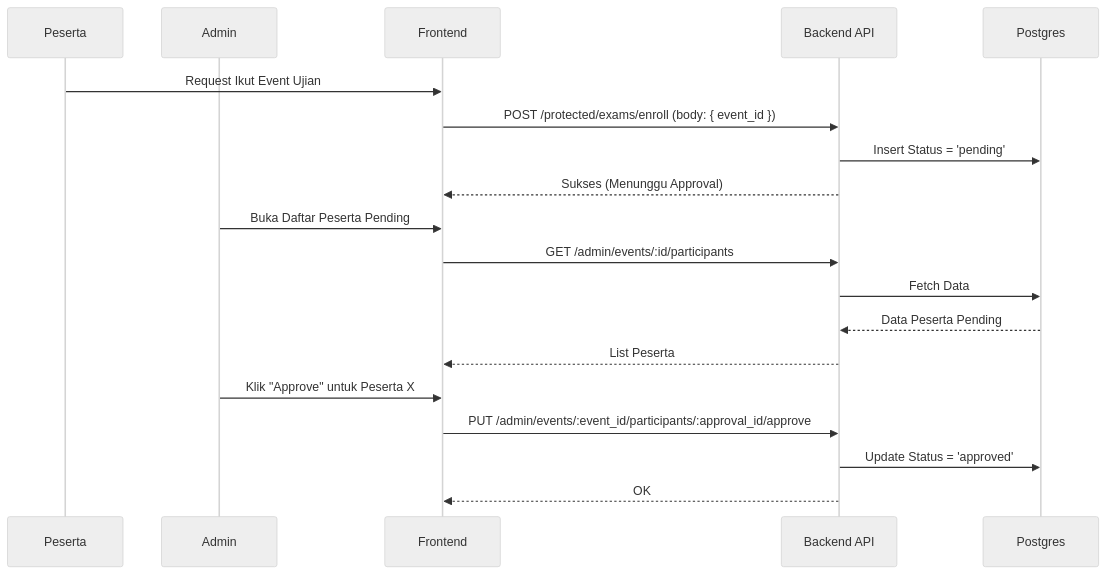
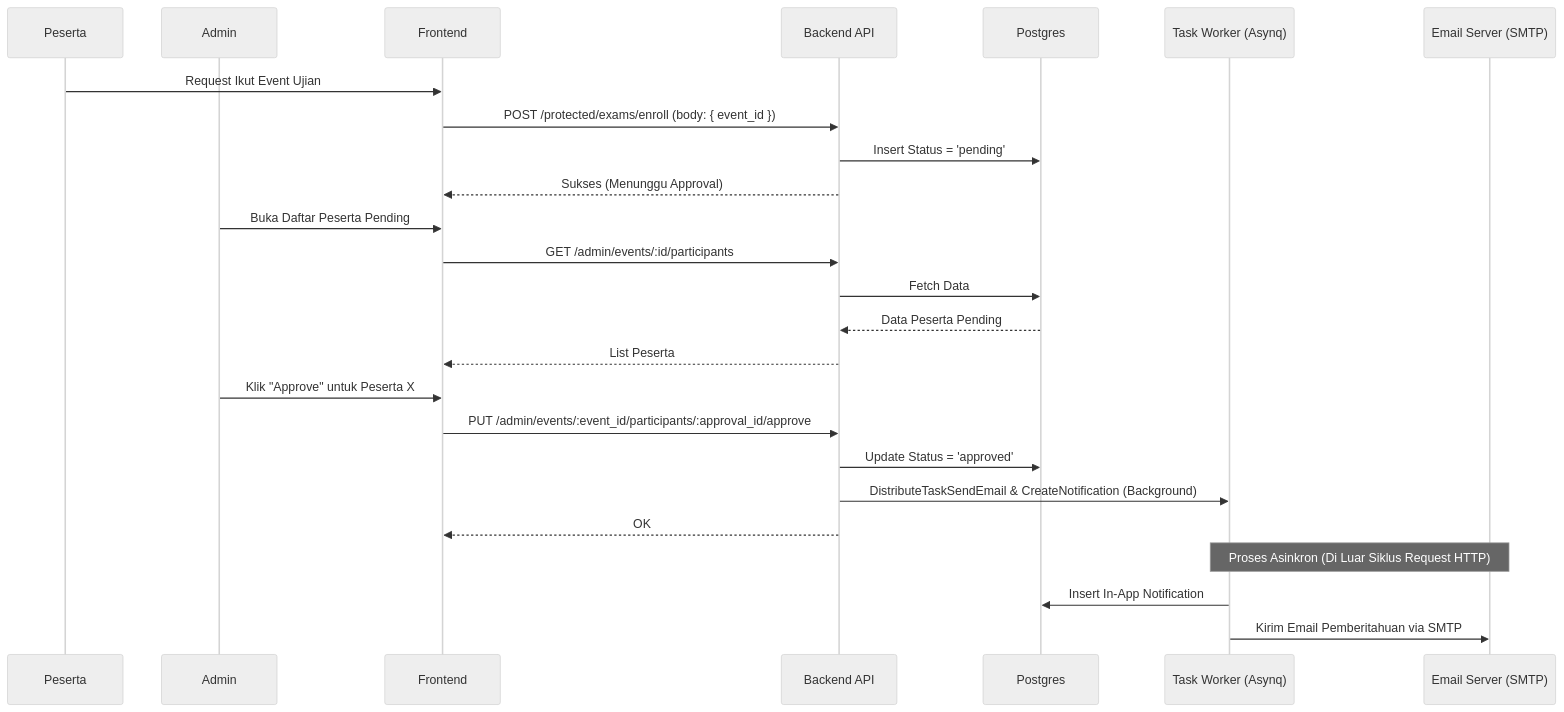
One commit to odealidj/pramuka-CAT changed the fifth of 11 diagrams in docs/sequence-diagrams.md. Above: the diagram before and after it, drawn with Mermaid (neutral theme). The commit also changed other lines of this file and 3 other files, not shown here.

Commit message:
docs: update PRD, sequence diagrams, and ERD to reflect latest email notification and timestamp features

````diff
--- a/docs/sequence-diagrams.md
+++ b/docs/sequence-diagrams.md
@@ -164,24 +166,31 @@
 ```mermaid
 sequenceDiagram
     participant P as Peserta
     participant A as Admin
     participant F as Frontend
     participant B as Backend API
     participant DB as Postgres
+    participant W as Task Worker (Asynq)
+    participant E as Email Server (SMTP)
 
     P->>F: Request Ikut Event Ujian
     F->>B: POST /protected/exams/enroll (body: { event_id })
     B->>DB: Insert Status = 'pending'
     B-->>F: Sukses (Menunggu Approval)
     
     A->>F: Buka Daftar Peserta Pending
     F->>B: GET /admin/events/:id/participants
     B->>DB: Fetch Data
     DB-->>B: Data Peserta Pending
     B-->>F: List Peserta
     
     A->>F: Klik "Approve" untuk Peserta X
     F->>B: PUT /admin/events/:event_id/participants/:approval_id/approve
     B->>DB: Update Status = 'approved'
+    B->>W: DistributeTaskSendEmail & CreateNotification (Background)
     B-->>F: OK
+    
+    Note over W,E: Proses Asinkron (Di Luar Siklus Request HTTP)
+    W->>DB: Insert In-App Notification
+    W->>E: Kirim Email Pemberitahuan via SMTP
 ```
````
